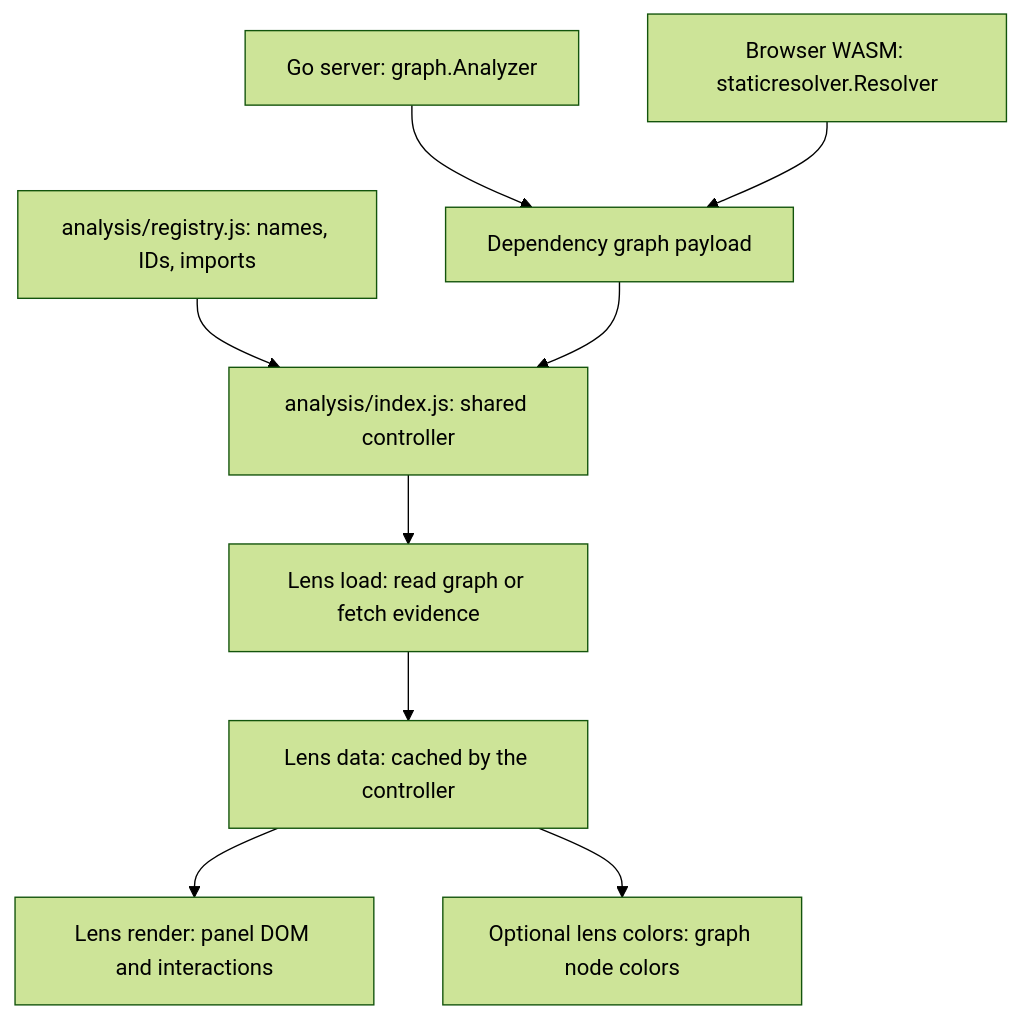
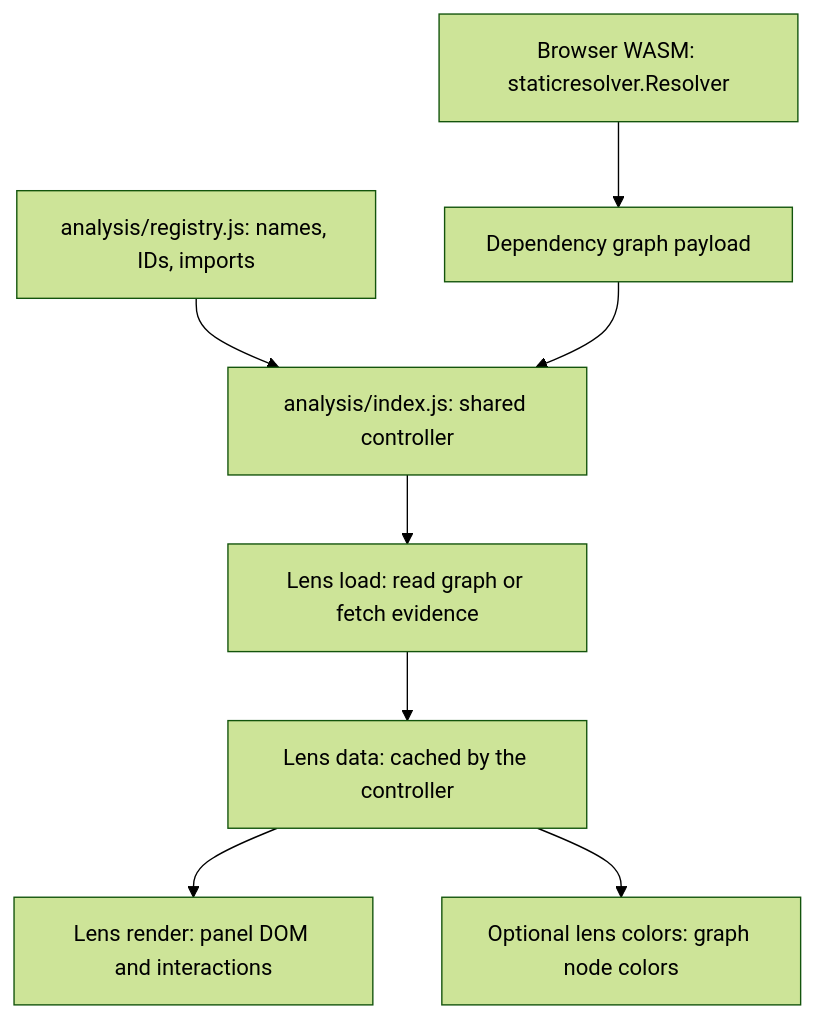
One commit to amer8/gomod-lens changed the diagram in docs/development/lenses.md. Above: the diagram before and after it, drawn with Mermaid (forest theme). The commit also changed other lines of this file and 53 other files, not shown here.

````diff
--- a/docs/development/lenses.md
+++ b/docs/development/lenses.md
@@ -20,11 +20,10 @@
 ```mermaid
 flowchart TD
-    Server[Go server: graph.Analyzer] --> Graph[Dependency graph payload]
-    WASM[Browser WASM: staticresolver.Resolver] --> Graph
+    WASM[Browser WASM: staticresolver.Resolver] --> Graph[Dependency graph payload]
     Registry[analysis/registry.js: names, IDs, imports] --> Controller[analysis/index.js: shared controller]
     Graph --> Controller
     Controller --> Load[Lens load: read graph or fetch evidence]
     Load --> Data[Lens data: cached by the controller]
     Data --> Render[Lens render: panel DOM and interactions]
     Data --> Colors[Optional lens colors: graph node colors]
 ```
````
